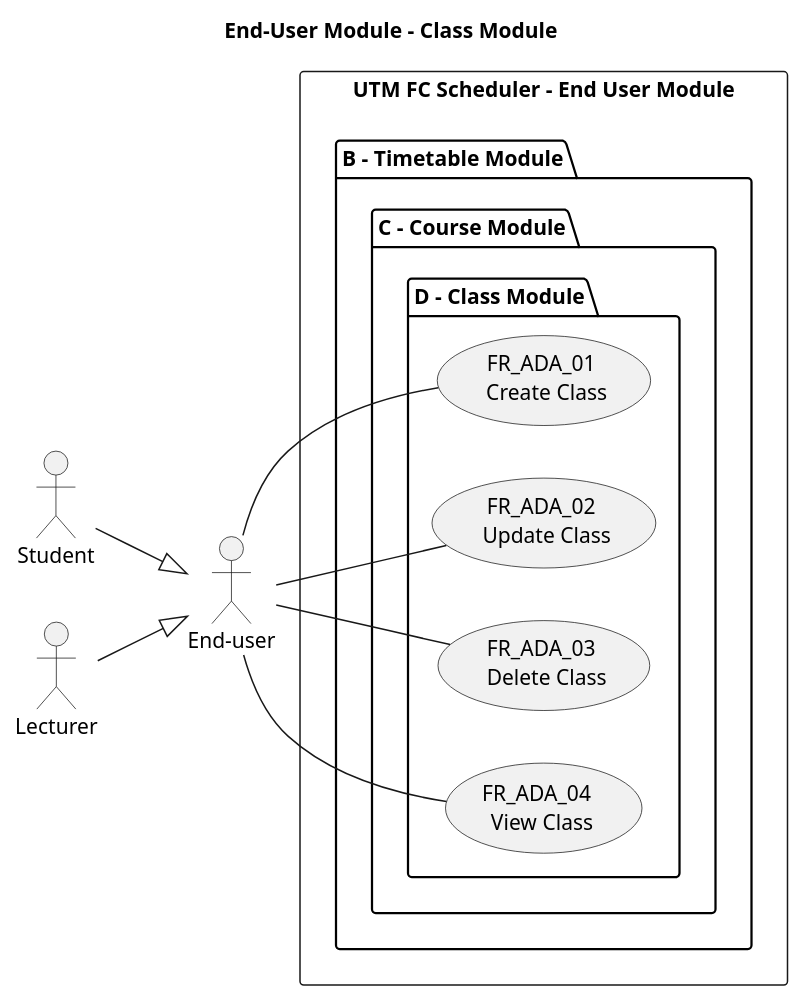
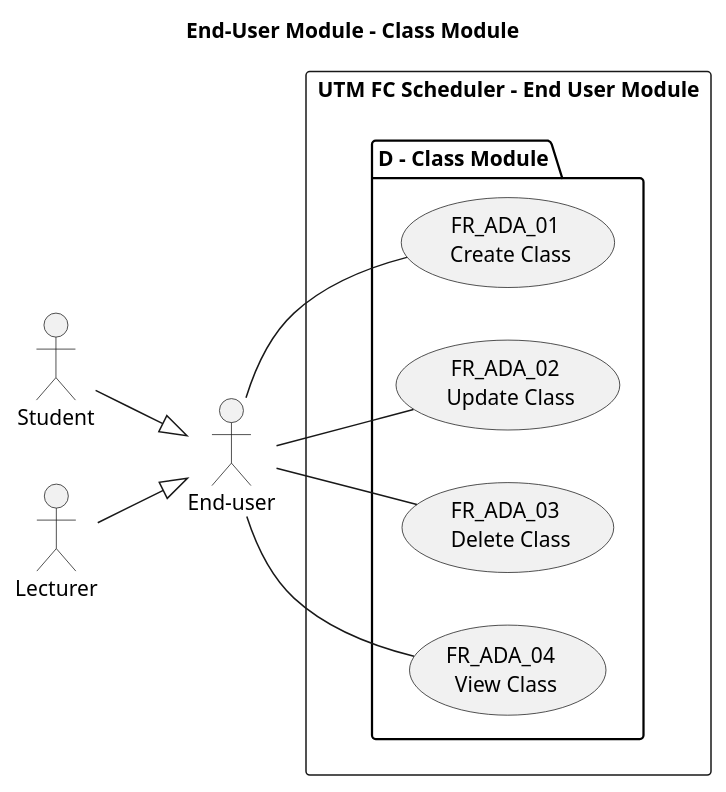
The diagram in use-case/end-user/Class Module.plantuml (AdmiJW/UTM-FC-Scheduler-UML), drawn with PlantUML before and after one commit. The commit also changed 27 other files, not shown here.

```diff
--- a/use-case/end-user/Class Module.plantuml
+++ b/use-case/end-user/Class Module.plantuml
@@ -1,35 +1,29 @@
 @startuml End-User Module - Class Module
 
 title End-User Module - Class Module
 left to right direction
 
 
 ' Actors
 "End-user" as EU
 Student --|> EU
 Lecturer --|> EU
 
 
 ' Use Cases
 rectangle "UTM FC Scheduler - End User Module" {
-
-
-package "B - Timetable Module" {
-    package "C - Course Module" {
-        package "D - Class Module" {
-            ' CRUD Class operation
-            usecase (FR_ADA_01 \n Create Class) as FR_ADA_01
-            usecase (FR_ADA_02 \n Update Class) as FR_ADA_02
-            usecase (FR_ADA_03 \n Delete Class) as FR_ADA_03
-            usecase (FR_ADA_04 \n View Class) as FR_ADA_04
-        }
+    package "D - Class Module" {
+        ' CRUD Class operation
+        usecase (FR_ADA_01 \n Create Class) as FR_ADA_01
+        usecase (FR_ADA_02 \n Update Class) as FR_ADA_02
+        usecase (FR_ADA_03 \n Delete Class) as FR_ADA_03
+        usecase (FR_ADA_04 \n View Class) as FR_ADA_04
     }
-}
 }
 
 ' Associations
 EU -- FR_ADA_01
 EU -- FR_ADA_02
 EU -- FR_ADA_03
 EU -- FR_ADA_04
 @enduml
```
